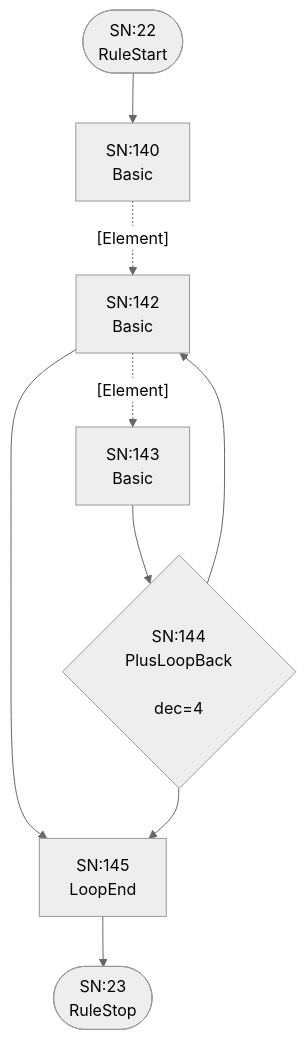
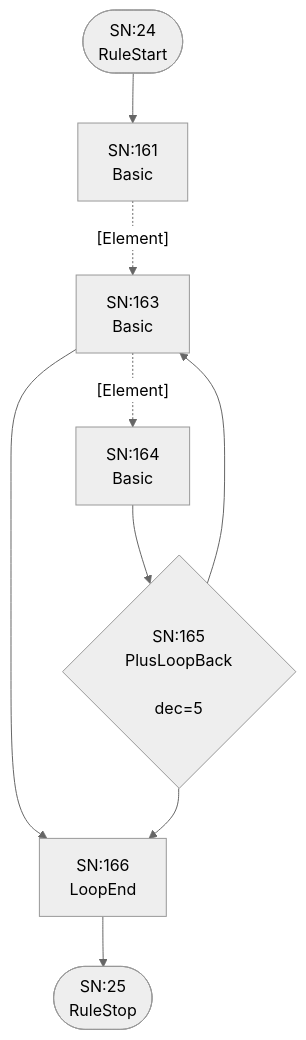
Before and after one commit to TypeFox/fastbelt: diagram 13 of 26 in internal/grammar/atn.md, drawn with Mermaid (neutral theme). The commit also changed other lines of this file and 22 other files, not shown here.

````diff
--- a/internal/grammar/atn.md
+++ b/internal/grammar/atn.md
@@ -312,19 +364,19 @@
 ```mermaid
 flowchart TD
-    q22(["SN:22<br/>RuleStart"])
-    q23(["SN:23<br/>RuleStop"])
-    q140["SN:140<br/>Basic<br/>"]
-    q141["SN:142<br/>Basic<br/>"]
-    q142["SN:143<br/>Basic<br/>"]
-    q143{"SN:144<br/>PlusLoopBack<br/><br/>dec=4"}
-    q144["SN:145<br/>LoopEnd<br/>"]
+    q24(["SN:24<br/>RuleStart"])
+    q25(["SN:25<br/>RuleStop"])
+    q161["SN:161<br/>Basic<br/>"]
+    q162["SN:163<br/>Basic<br/>"]
+    q163["SN:164<br/>Basic<br/>"]
+    q164{"SN:165<br/>PlusLoopBack<br/><br/>dec=5"}
+    q165["SN:166<br/>LoopEnd<br/>"]
 
-    q22 --> q140
-    q140 -.->|"[Element]"| q141
-    q141 -.->|"[Element]"| q142
-    q141 --> q144
-    q142 --> q143
-    q143 --> q141
-    q143 --> q144
-    q144 --> q23
+    q24 --> q161
+    q161 -.->|"[Element]"| q162
+    q162 -.->|"[Element]"| q163
+    q162 --> q165
+    q163 --> q164
+    q164 --> q162
+    q164 --> q165
+    q165 --> q25
 ```
````
